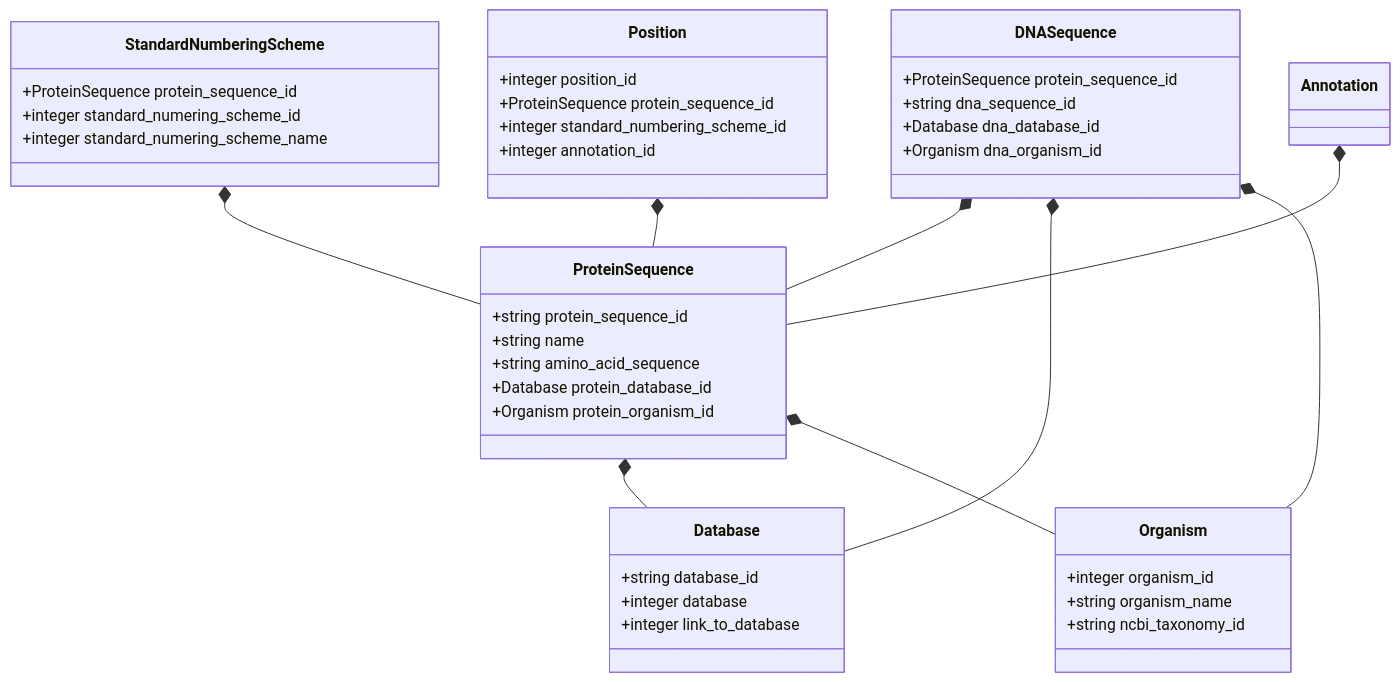
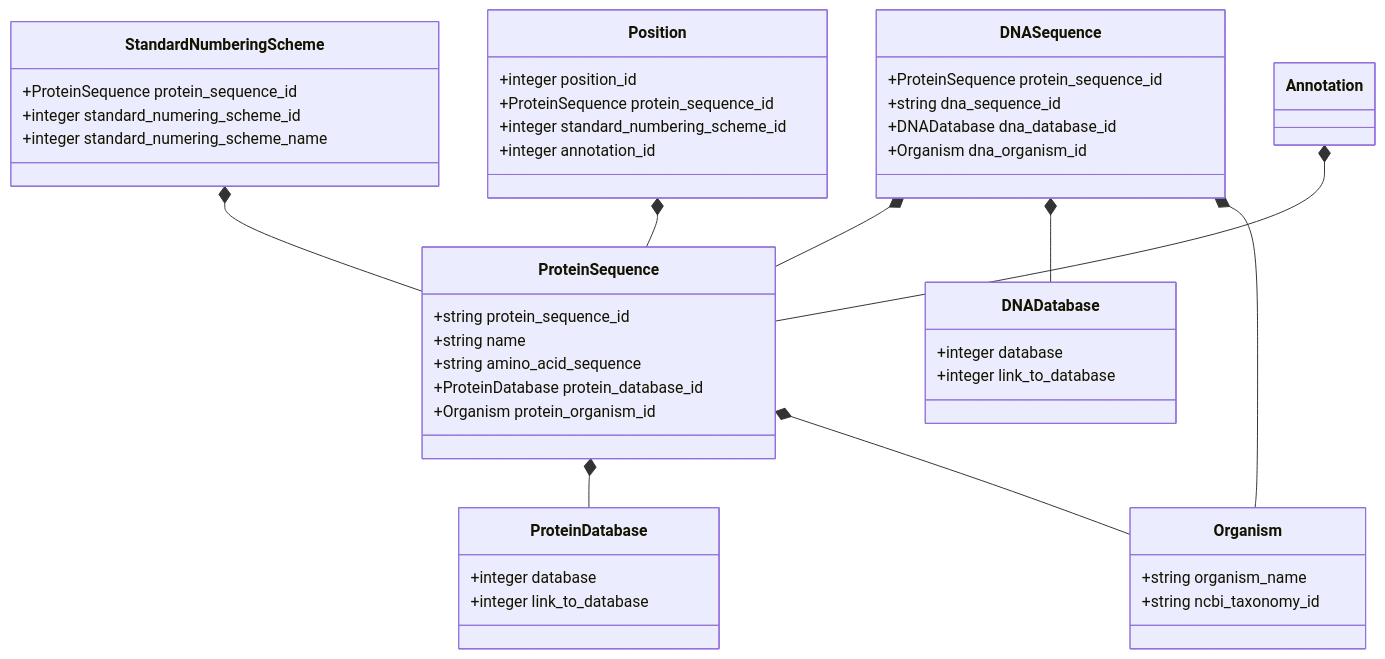
Before and after one commit to maxim945/PyEED-Fullprototype: the diagram in Database/schemes/-.md, drawn with Mermaid. The commit also changed 9 other files, not shown here.

````diff
--- a/Database/schemes/-.md
+++ b/Database/schemes/-.md
@@ -1,52 +1,55 @@
 ```mermaid
 classDiagram
-    ProteinSequence *-- Database
+    ProteinSequence *-- ProteinDatabase
     ProteinSequence *-- Organism
     DNASequence *-- ProteinSequence
-    DNASequence *-- Database
+    DNASequence *-- DNADatabase
     DNASequence *-- Organism
     StandardNumberingScheme *-- ProteinSequence
     Position *-- ProteinSequence
     Annotation *-- ProteinSequence
     
     class ProteinSequence {
         +string protein_sequence_id
         +string name
         +string amino_acid_sequence
-        +Database protein_database_id
+        +ProteinDatabase protein_database_id
         +Organism protein_organism_id
     }
     
     class DNASequence {
         +ProteinSequence protein_sequence_id
         +string dna_sequence_id
-        +Database dna_database_id
+        +DNADatabase dna_database_id
         +Organism dna_organism_id
     }
     
     class Organism {
-        +integer organism_id
         +string organism_name
         +string ncbi_taxonomy_id
     }
     
-    class Database {
-        +string database_id
+    class ProteinDatabase {
+        +integer database
+        +integer link_to_database
+    }
+    
+    class DNADatabase {
         +integer database
         +integer link_to_database
     }
     
     class StandardNumberingScheme {
         +ProteinSequence protein_sequence_id
         +integer standard_numering_scheme_id
         +integer standard_numering_scheme_name
     }
     
     class Position {
         +integer position_id
         +ProteinSequence protein_sequence_id
         +integer standard_numbering_scheme_id
         +integer annotation_id
     }
     
 ```
````
